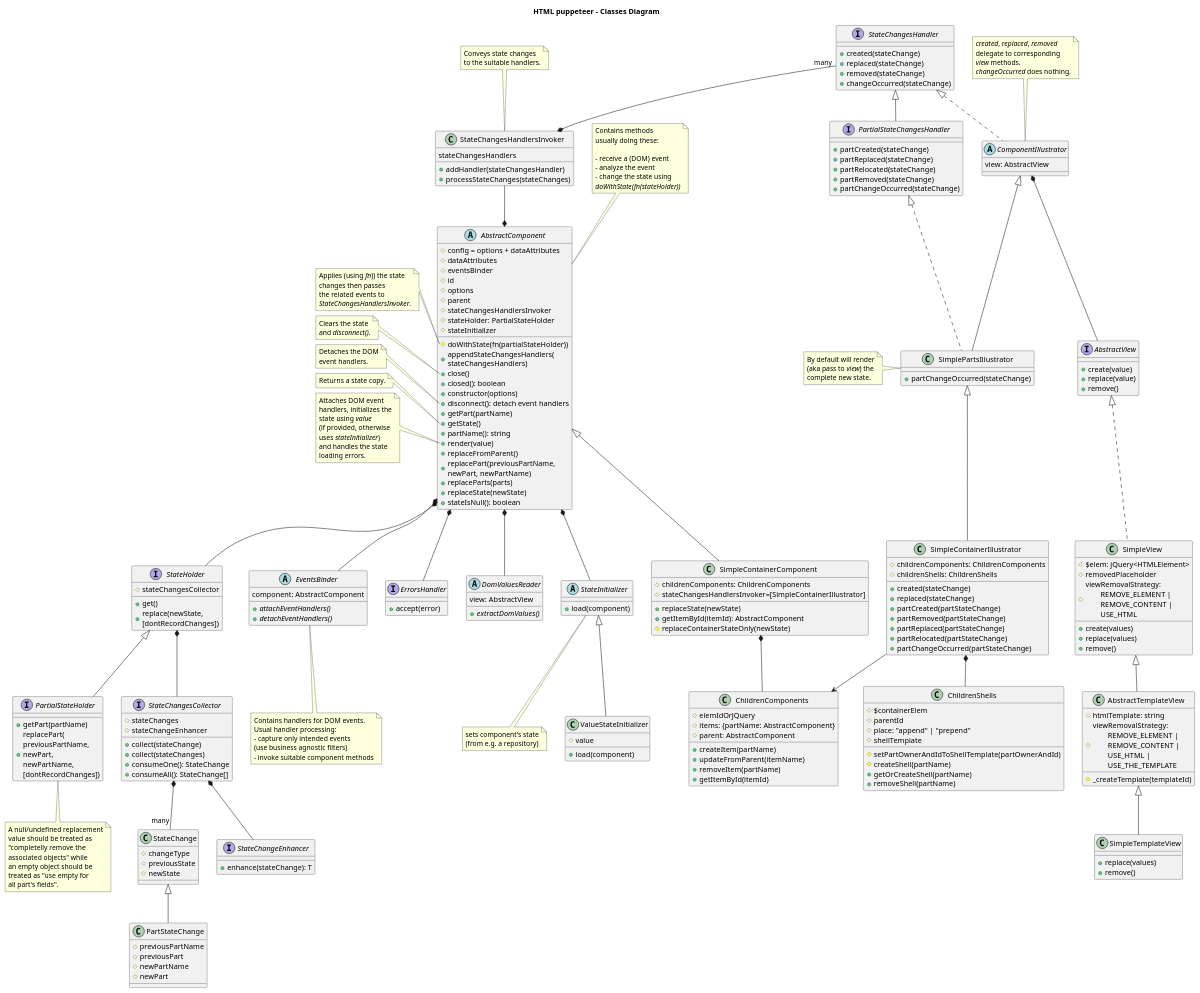
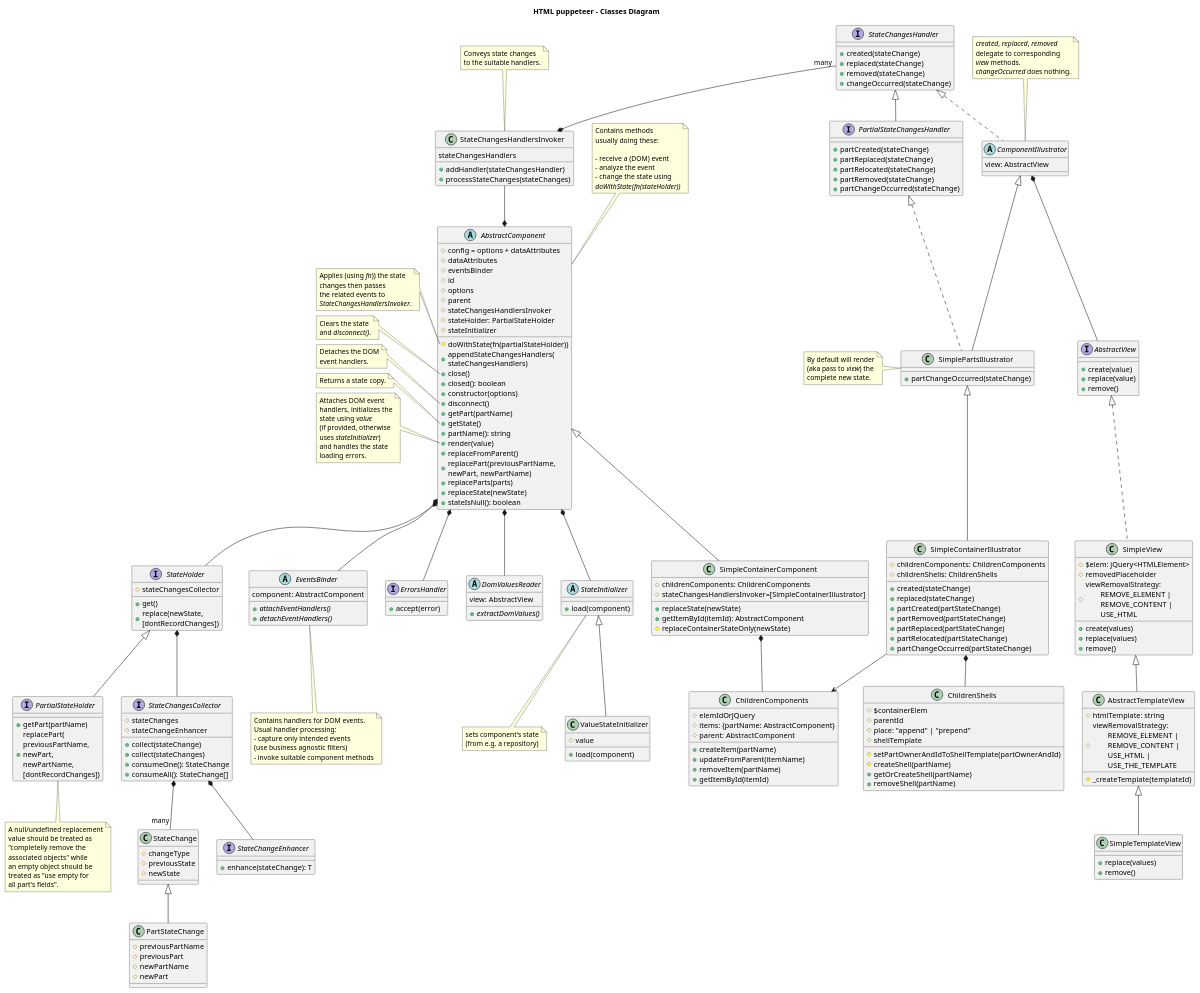
The diagram in design/classes-diagram.puml (adrhc/html-puppeteer), drawn with PlantUML before and after one commit. The commit also changed 1 other file, not shown here.

Commit message:
classes-diagram-HTML_puppeteer___Classes_Diagram update

```diff
--- a/design/classes-diagram.puml
+++ b/design/classes-diagram.puml
@@ -17,7 +17,7 @@
   +close()
   +closed(): boolean
   +constructor(options)
-  +disconnect(): detach event handlers
+  +disconnect()
   +getPart(partName)
   +getState()
   +partName(): string
```
